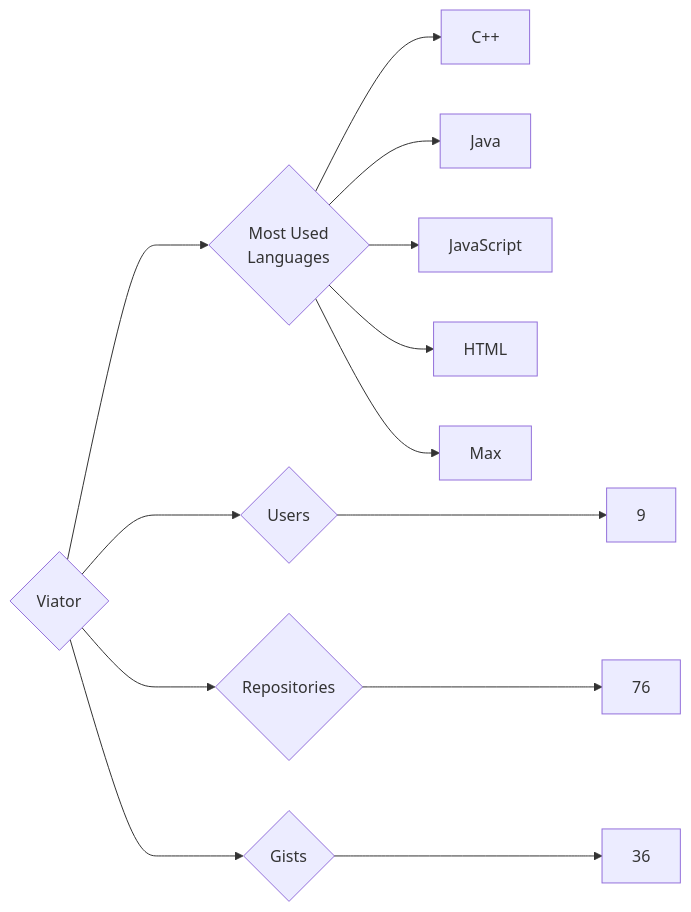
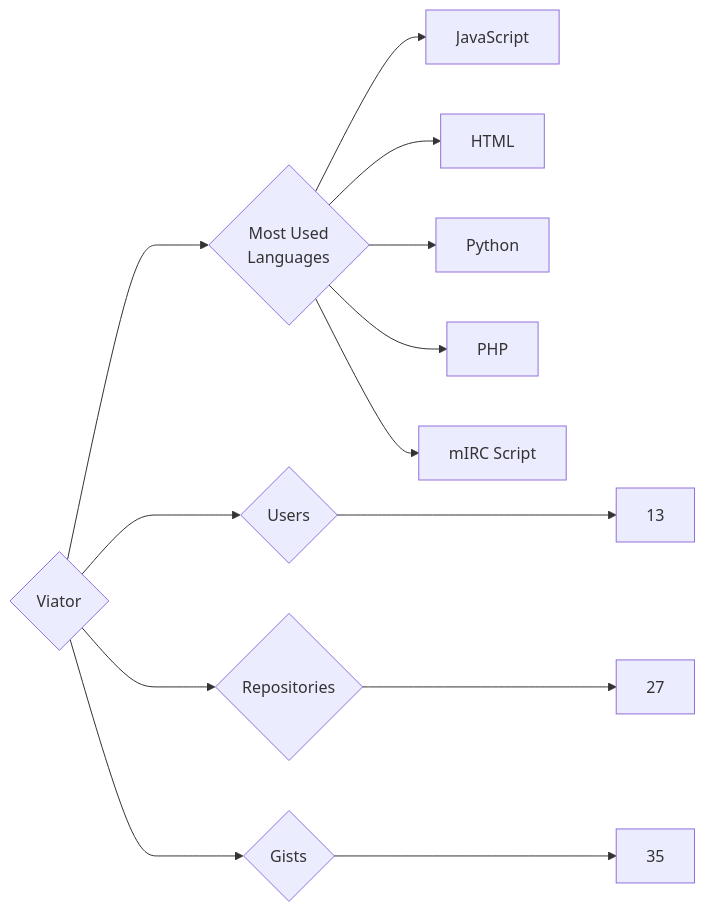
The diagram in targets/Viator/README.md (trickest/insiders), drawn with Mermaid before and after one commit. The commit also changed 1011 other files, not shown here.

````diff
--- a/targets/Viator/README.md
+++ b/targets/Viator/README.md
@@ -3,13 +3,13 @@
 ```mermaid
 graph LR
 COMPANY_NAME{Viator}
-COMPANY_NAME ---> U{Users} ---> UN[9]
-COMPANY_NAME ---> R{Repositories} ---> RN[76]
-COMPANY_NAME ---> G{Gists} ---> GN[36]
+COMPANY_NAME ---> U{Users} ---> UN[13]
+COMPANY_NAME ---> R{Repositories} ---> RN[27]
+COMPANY_NAME ---> G{Gists} ---> GN[35]
 COMPANY_NAME ---> ML{Most Used<br>Languages}
-ML --> C++[C++]
-ML --> Java[Java]
 ML --> JavaScript[JavaScript]
 ML --> HTML[HTML]
-ML --> Max[Max]
+ML --> Python[Python]
+ML --> PHP[PHP]
+ML --> mIRC_Script[mIRC Script]
 ```
````
